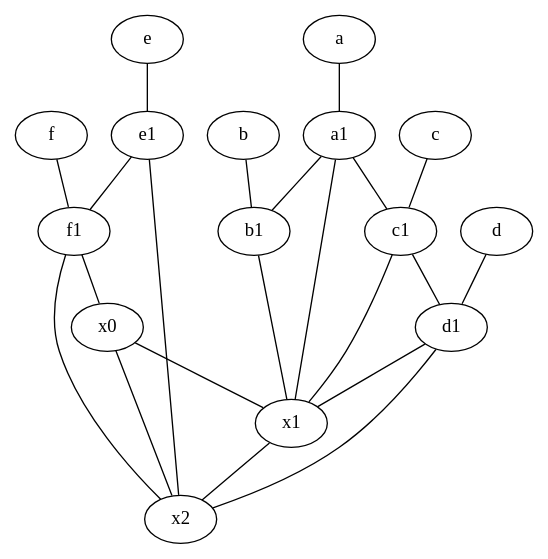
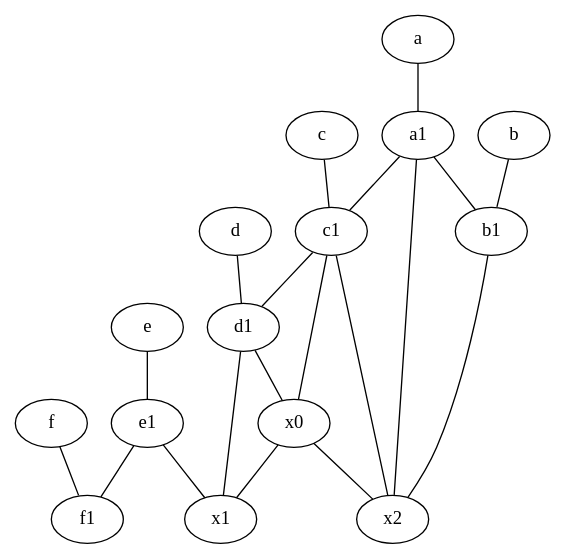
One commit to anisabnis/graph_inference changed the diagram in results_deter/6et1/inf.dot. Above: the diagram before and after it, drawn with Graphviz. The commit also changed 11275 other files, not shown here.

```diff
--- a/results_deter/6et1/inf.dot
+++ b/results_deter/6et1/inf.dot
@@ -1,39 +1,37 @@
 graph {
 	node [labelfontsize=50]
-	f1 [labelfontsize=50 pos="3,8!"]
-	a1 [labelfontsize=50 pos="8,3!"]
-	x1 [labelfontsize=50]
-	b1 [labelfontsize=50 pos="9,4!"]
-	c1 [labelfontsize=50 pos="4.5,3!"]
-	e1 [labelfontsize=50 pos="7,7!"]
-	d1 [labelfontsize=50 pos="3,5!"]
-	c [labelfontsize=50 pos="4.5,2!"]
-	a [labelfontsize=50 pos="8,2!"]
-	d [labelfontsize=50 pos="2,5!"]
 	e [labelfontsize=50 pos="7,9!"]
 	x0 [labelfontsize=50]
+	a [labelfontsize=50 pos="8,2!"]
+	f1 [labelfontsize=50 pos="3,8!"]
+	c1 [labelfontsize=50 pos="4.5,3!"]
+	a1 [labelfontsize=50 pos="8,3!"]
 	x2 [labelfontsize=50]
+	d1 [labelfontsize=50 pos="3,5!"]
+	d [labelfontsize=50 pos="2,5!"]
+	c [labelfontsize=50 pos="4.5,2!"]
+	e1 [labelfontsize=50 pos="7,7!"]
+	x1 [labelfontsize=50]
+	f [labelfontsize=50 pos="3,9!"]
 	b [labelfontsize=50 pos="10,4!"]
-	f [labelfontsize=50 pos="3,9!"]
+	b1 [labelfontsize=50 pos="9,4!"]
+	d1 -- x1
+	a1 -- c1
+	e1 -- x1
 	d -- d1
-	d1 -- x2
-	f -- f1
+	b -- b1
 	x0 -- x1
-	f1 -- x2
+	x0 -- x2
+	a1 -- b1
+	a -- a1
+	e -- e1
+	e1 -- f1
 	c1 -- d1
 	c -- c1
-	e -- e1
-	x1 -- x2
-	a -- a1
-	a1 -- c1
-	f1 -- x0
-	c1 -- x1
-	b -- b1
-	b1 -- x1
-	e1 -- x2
-	d1 -- x1
-	e1 -- f1
-	a1 -- x1
-	a1 -- b1
-	x0 -- x2
+	f -- f1
+	d1 -- x0
+	c1 -- x2
+	c1 -- x0
+	b1 -- x2
+	a1 -- x2
 }
```
